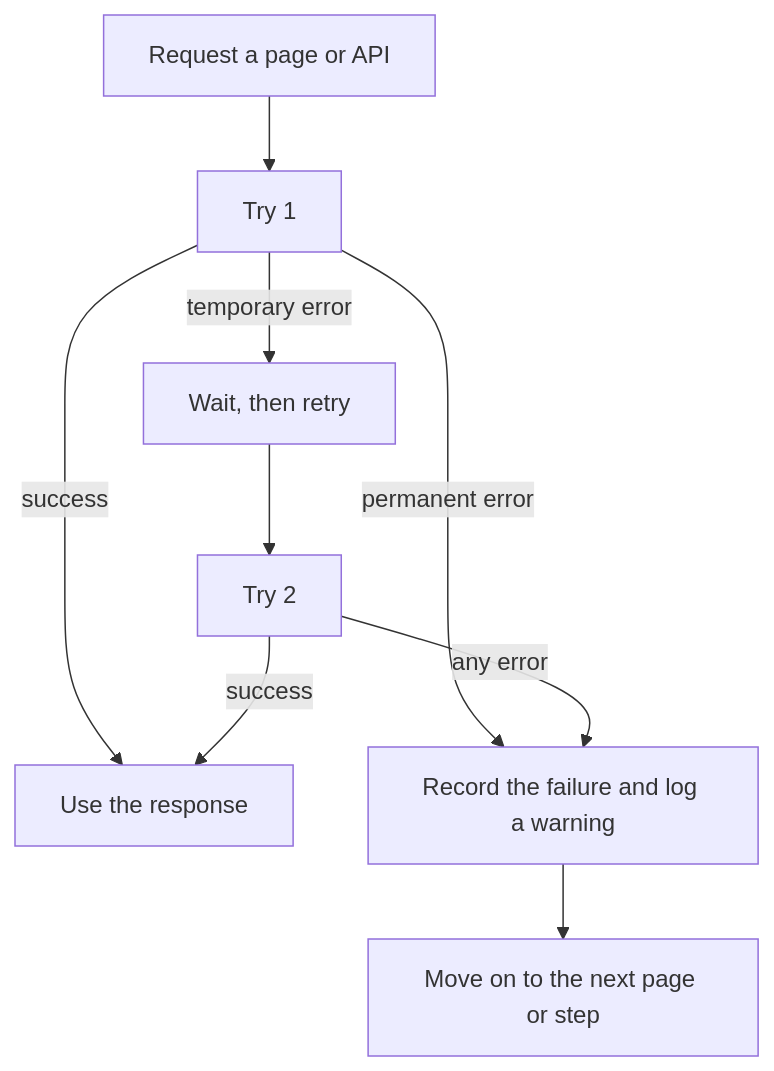
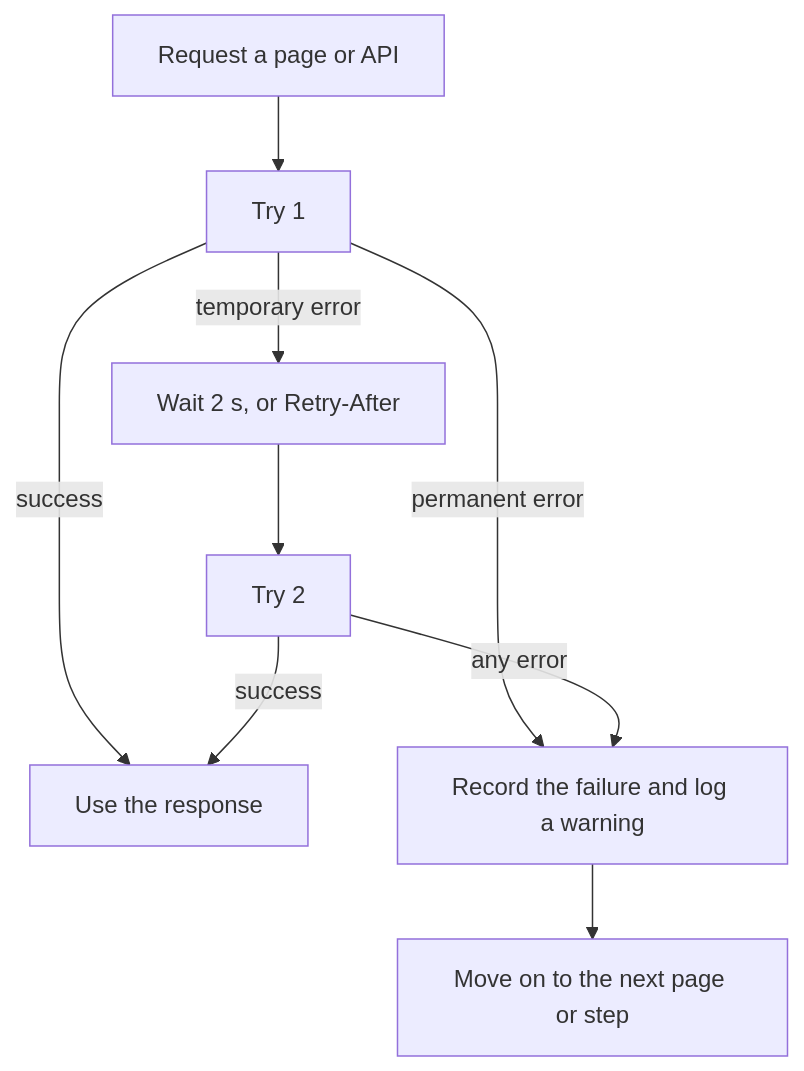
The fifth of 9 diagrams in docs/architecture.md (machinoAI/seo_agent), drawn with Mermaid before and after one commit. The commit also changed other lines of this file and 11 other files, not shown here.

````diff
--- a/docs/architecture.md
+++ b/docs/architecture.md
@@ -304,11 +305,11 @@
 ```mermaid
 flowchart TD
     REQ["Request a page or API"] --> T1["Try 1"]
     T1 -->|success| OK["Use the response"]
     T1 -->|permanent error| GIVEUP
-    T1 -->|temporary error| WAIT["Wait, then retry"]
+    T1 -->|temporary error| WAIT["Wait 2 s, or Retry-After"]
     WAIT --> T2["Try 2"]
     T2 -->|success| OK
     T2 -->|any error| GIVEUP["Record the failure and log a warning"]
     GIVEUP --> NEXT["Move on to the next page or step"]
 ```
````
